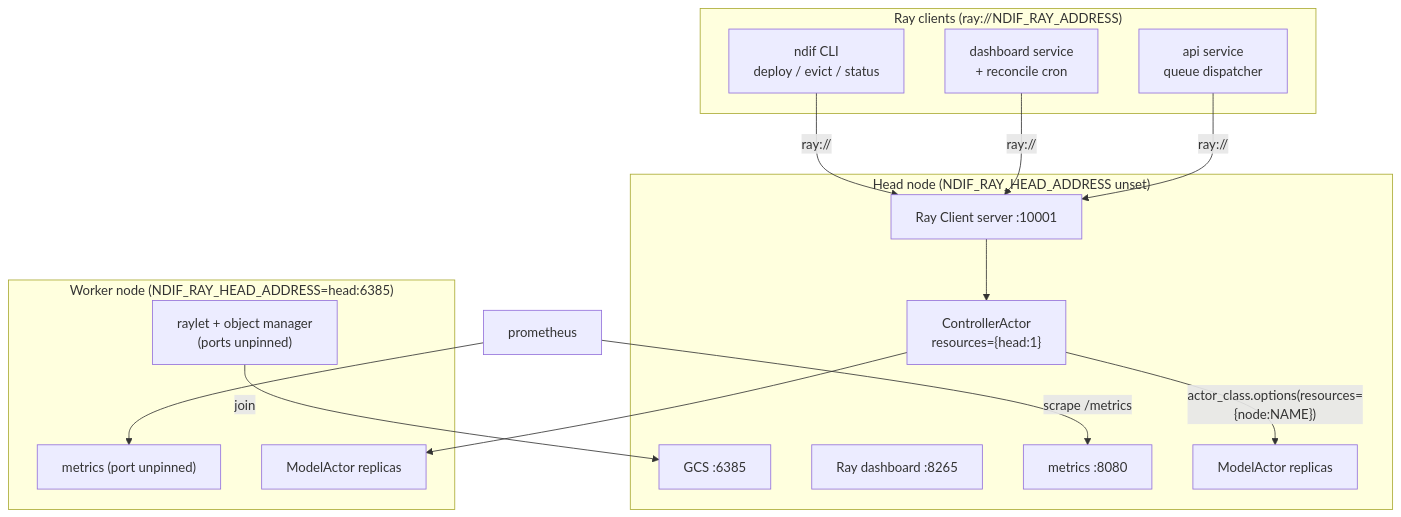
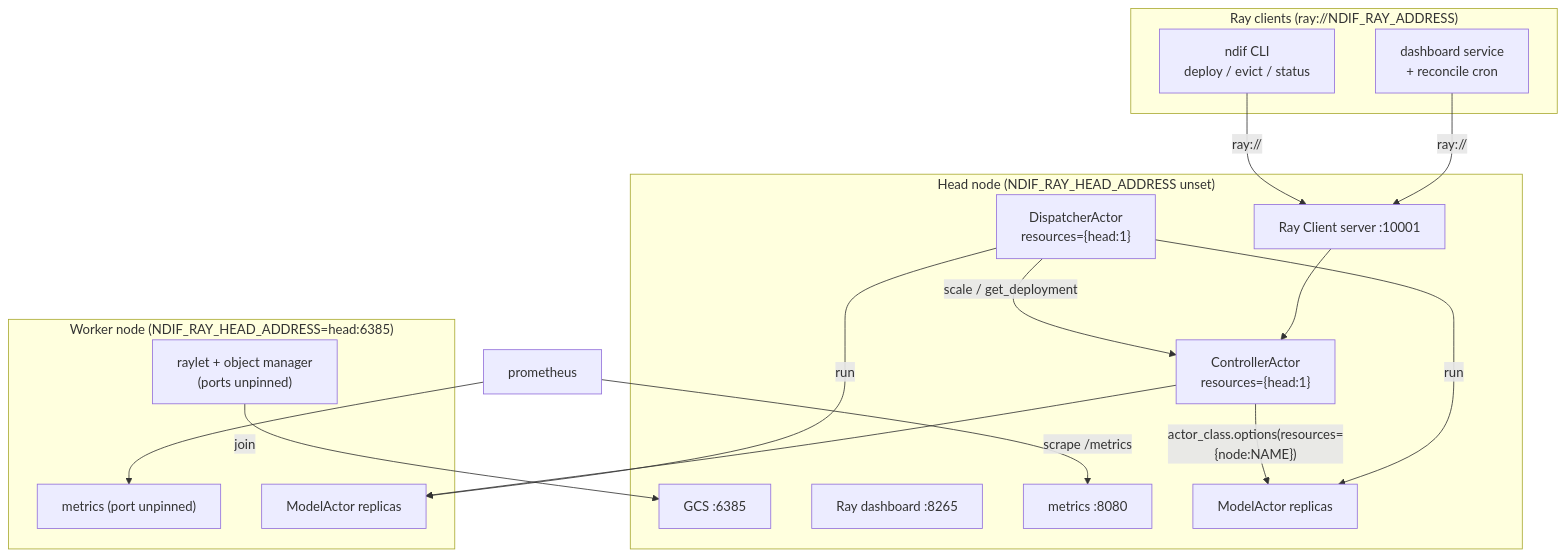
The diagram in docs/developing/ray-service.md (ndif-team/ndif), drawn with Mermaid before and after one commit. The commit also changed other lines of this file and 52 other files, not shown here.

````diff
--- a/docs/developing/ray-service.md
+++ b/docs/developing/ray-service.md
@@ -173,33 +178,35 @@
 ```mermaid
 flowchart TB
   subgraph clients["Ray clients (ray://NDIF_RAY_ADDRESS)"]
-    API["api service<br/>queue dispatcher"]
     DASH["dashboard service<br/>+ reconcile cron"]
     CLI["ndif CLI<br/>deploy / evict / status"]
   end
 
   subgraph head["Head node (NDIF_RAY_HEAD_ADDRESS unset)"]
     GCS["GCS :6385"]
     CS["Ray Client server :10001"]
     DB["Ray dashboard :8265"]
     MX["metrics :8080"]
     CTRL["ControllerActor<br/>resources={head:1}"]
+    DISP["DispatcherActor<br/>resources={head:1}"]
     MA0["ModelActor replicas"]
   end
 
   subgraph worker["Worker node (NDIF_RAY_HEAD_ADDRESS=head:6385)"]
     RL["raylet + object manager<br/>(ports unpinned)"]
     MXW["metrics (port unpinned)"]
     MA1["ModelActor replicas"]
   end
 
-  API -->|ray://| CS
   DASH -->|ray://| CS
   CLI -->|ray://| CS
   CS --> CTRL
+  DISP -->|"scale / get_deployment"| CTRL
+  DISP -->|run| MA0
+  DISP -->|run| MA1
   CTRL -->|"actor_class.options(resources={node:NAME})"| MA0
   CTRL --> MA1
   RL -->|join| GCS
   PROM["prometheus"] -->|scrape /metrics| MX
   PROM --> MXW
 ```
````
